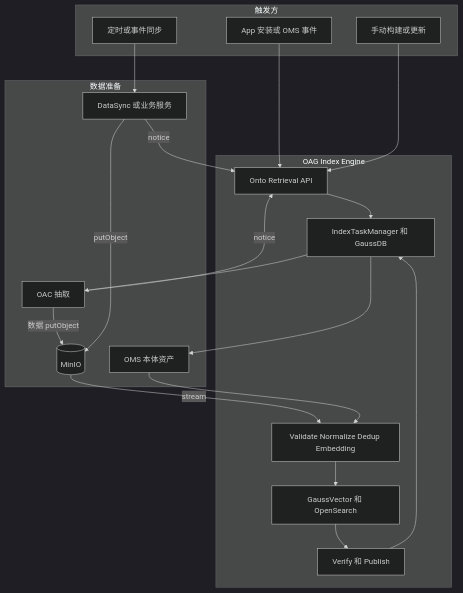
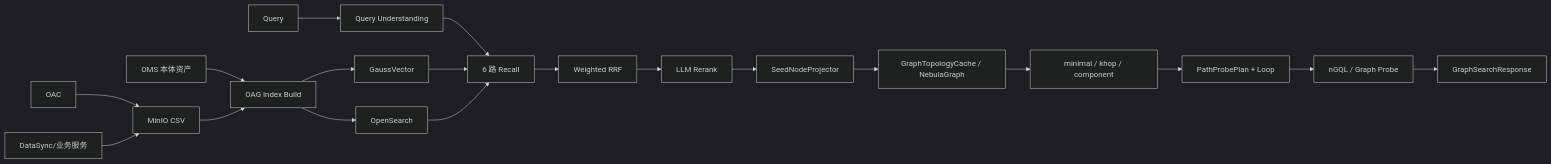
One commit to cfwl100/onology_dsl changed the second of 3 diagrams in docs/OAG本体锚点语义检索与向量索引设计方案.md. Above: the diagram before and after it, drawn with Mermaid (dark theme). The commit also changed other lines of this file and 4 other files, not shown here.

````diff
--- a/docs/OAG本体锚点语义检索与向量索引设计方案.md
+++ b/docs/OAG本体锚点语义检索与向量索引设计方案.md
@@ -1208,37 +84,22 @@
 ```mermaid
-flowchart TD
-    subgraph T[触发方]
-      APP[App 安装或 OMS 事件]
-      MANUAL[手动构建或更新]
-      SYNC[定时或事件同步]
-    end
+flowchart LR
+    OMS[OMS 本体资产] --> IDX[OAG Index Build]
+    OAC[OAC] --> M[MinIO CSV]
+    BUS[DataSync/业务服务] --> M
+    M --> IDX
+    IDX --> GV[GaussVector]
+    IDX --> OS[OpenSearch]
 
-    subgraph S[数据准备]
-      OMS[OMS 本体资产]
-      OAC[OAC 抽取]
-      PRODUCER[DataSync 或业务服务]
-      MINIO[(MinIO)]
-    end
-
-    subgraph G[OAG Index Engine]
-      API[Onto Retrieval API]
-      TASK[IndexTaskManager 和 GaussDB]
-      PIPE[Validate Normalize Dedup Embedding]
-      STORE[GaussVector 和 OpenSearch]
-      PUB[Verify 和 Publish]
-    end
-
-    APP --> API
-    MANUAL --> API
-    API --> TASK
-    TASK --> OMS
-    TASK --> OAC
-    OAC -->|数据 putObject| MINIO
-    SYNC --> PRODUCER
-    PRODUCER -->|putObject| MINIO
-    OAC -->|notice| API
-    PRODUCER -->|notice| API
-    MINIO -->|stream| PIPE
-    OMS --> PIPE
-    PIPE --> STORE --> PUB --> TASK
+    Q[Query] --> QU[Query Understanding]
+    QU --> R[6 路 Recall]
+    GV --> R
+    OS --> R
+    R --> RRF[Weighted RRF]
+    RRF --> LR[LLM Rerank]
+    LR --> P[SeedNodeProjector]
+    P --> G[GraphTopologyCache / NebulaGraph]
+    G --> S[minimal / khop / component]
+    S --> PP[PathProbePlan + Loop]
+    PP --> N[nGQL / Graph Probe]
+    N --> RES[GraphSearchResponse]
 ```
````
